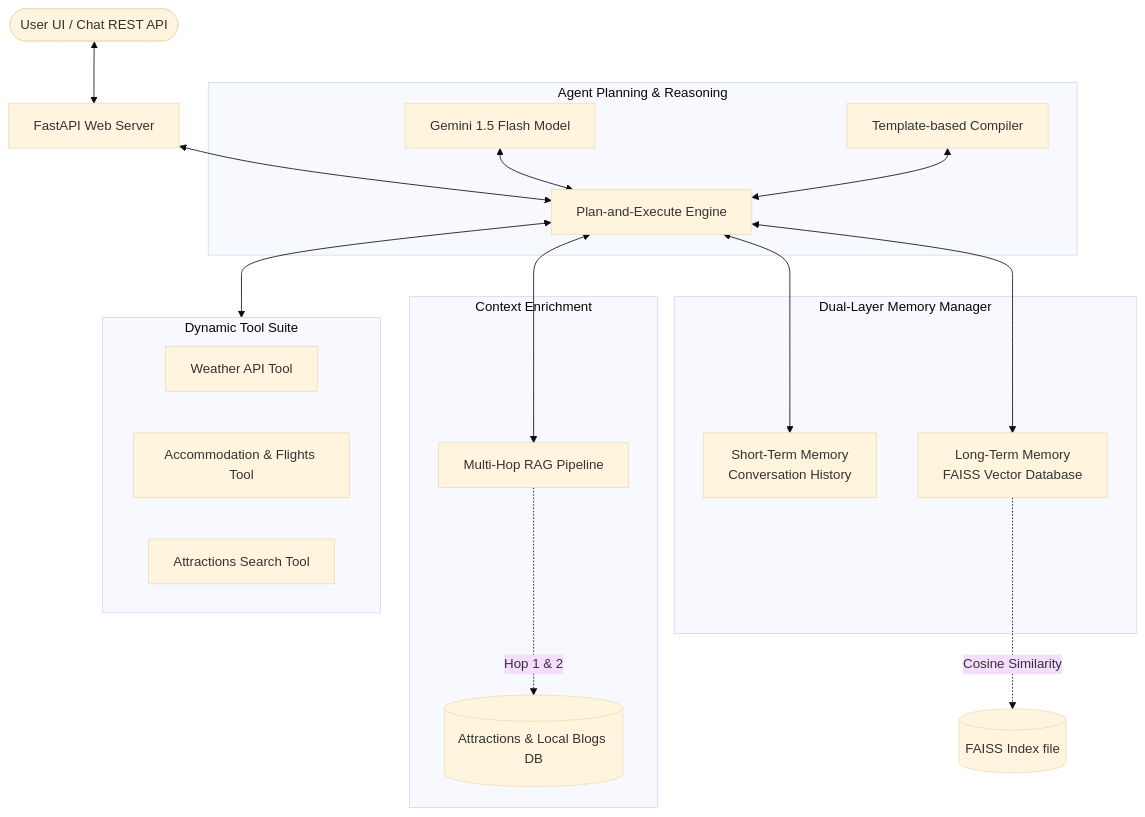
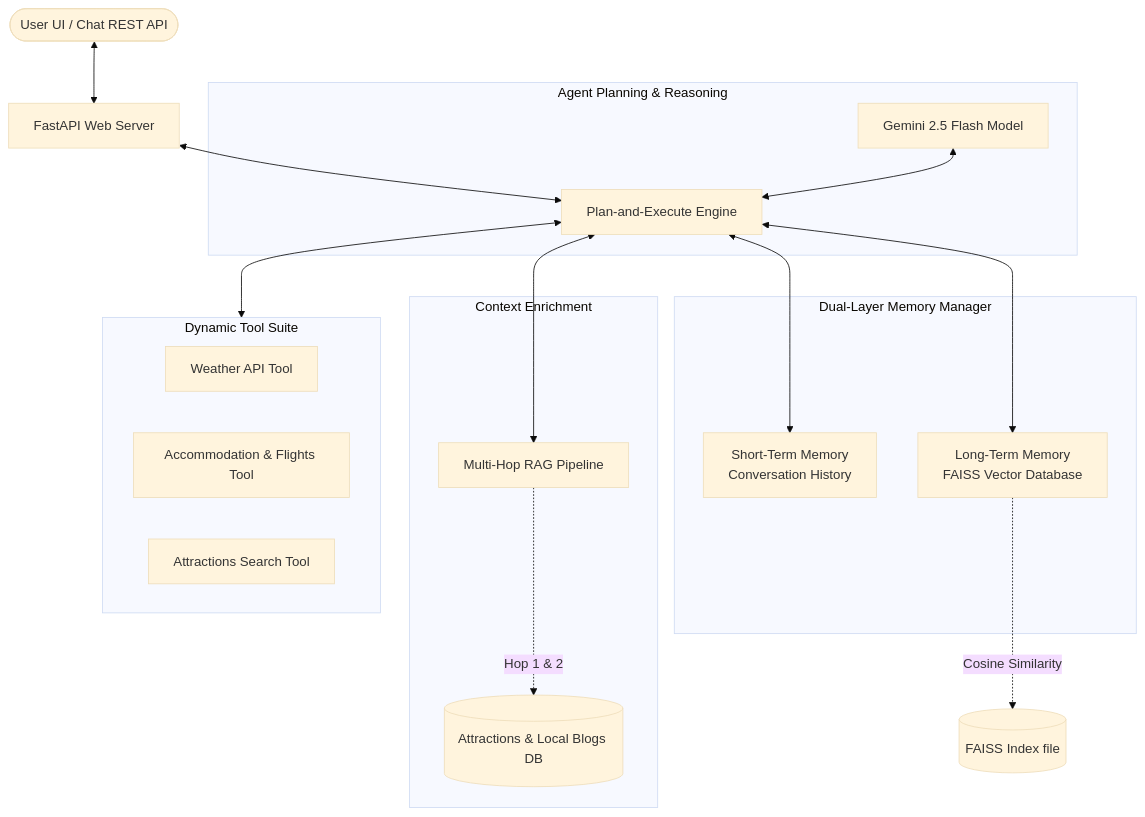
One commit to milong03/VoyageAgent changed the diagram in README.md. Above: the diagram before and after it, drawn with Mermaid (base theme). The commit also changed other lines of this file and 3 other files, not shown here.

````diff
--- a/README.md
+++ b/README.md
@@ -9,38 +9,36 @@
 ```mermaid
 graph TD
     User([User UI / Chat REST API]) <--> AppServer[FastAPI Web Server]
     
     subgraph Agent_Core [Agent Planning & Reasoning]
         Planner[Plan-and-Execute Engine]
-        LLM[Gemini 1.5 Flash Model]
-        LocalFallback[Template-based Compiler]
+        LLM[Gemini 2.5 Flash Model]
     end
     
     subgraph Memory_System [Dual-Layer Memory Manager]
         STMemory[Short-Term Memory <br> Conversation History]
         LTMemory[Long-Term Memory <br> FAISS Vector Database]
     end
     
     subgraph Data_RAG [Context Enrichment]
         RAGEngine[Multi-Hop RAG Pipeline]
         Corpus[(Attractions & Local Blogs DB)]
     end
     
     subgraph Tool_Suite [Dynamic Tool Suite]
         WeatherTool[Weather API Tool]
         HotelTool[Accommodation & Flights Tool]
         AttrTool[Attractions Search Tool]
     end
  
     AppServer <--> Planner
     Planner <--> STMemory
     Planner <--> LTMemory
     Planner <--> RAGEngine
     Planner <--> Tool_Suite
     
     %% Interactions
     LTMemory -. Cosine Similarity .-> FAISS_Index[(FAISS Index file)]
     RAGEngine -. Hop 1 & 2 .-> Corpus
     LLM <--> Planner
-    LocalFallback <--> Planner
 ```
````
